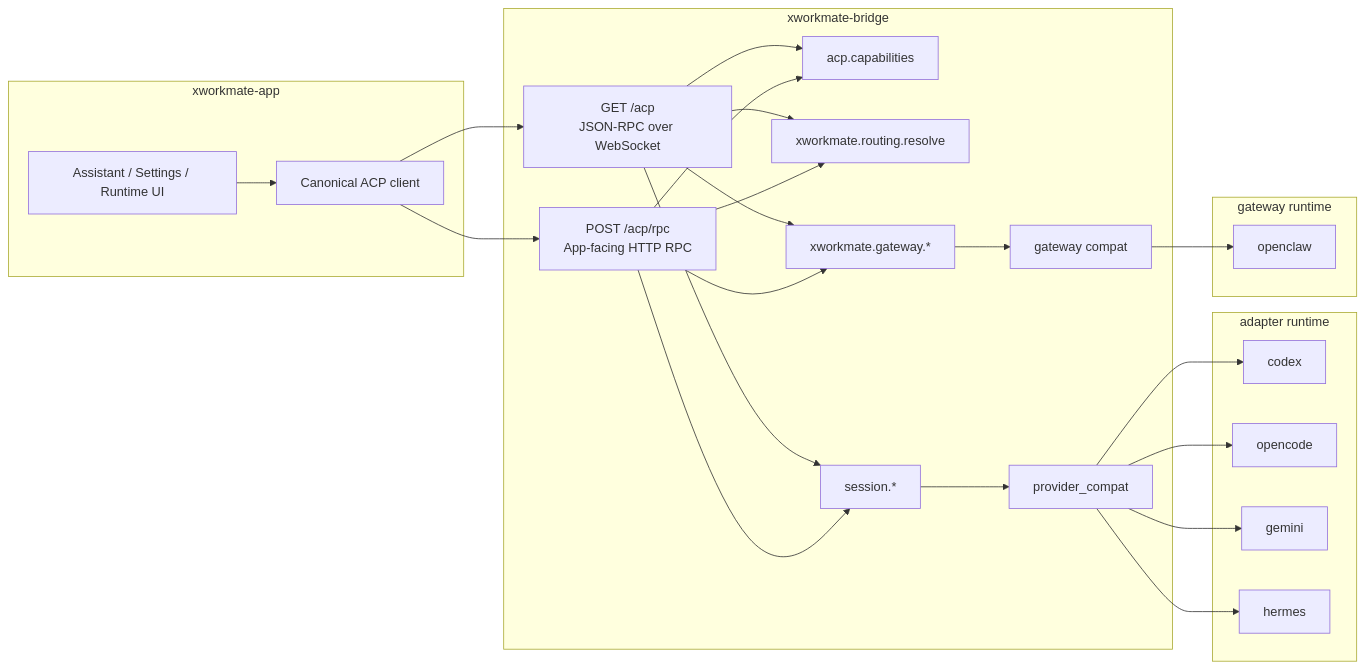
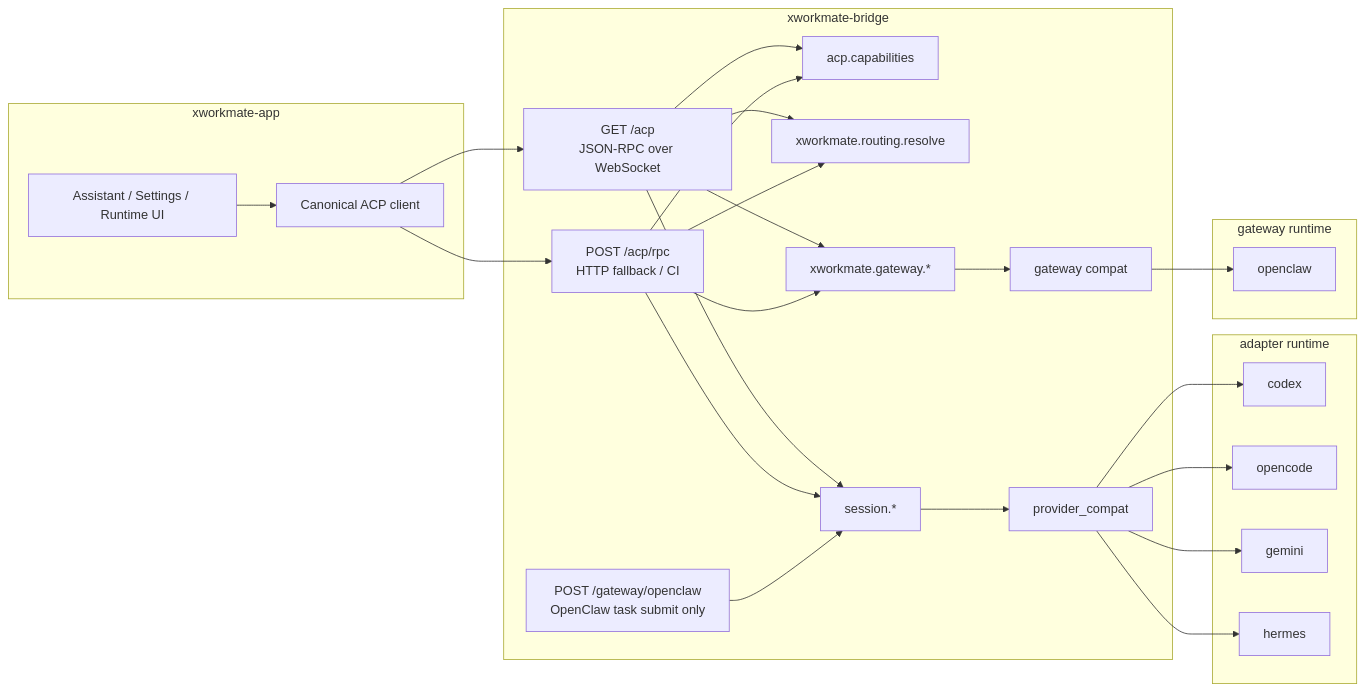
The diagram in docs/architecture/acp-forwarding-topology.md (ai-workspace-lab/xworkmate-bridge), drawn with Mermaid before and after one commit. The commit also changed other lines of this file and 14 other files, not shown here.

Commit message:
fix: enforce openclaw gateway task route

````diff
--- a/docs/architecture/acp-forwarding-topology.md
+++ b/docs/architecture/acp-forwarding-topology.md
@@ -23,48 +24,50 @@
 ```mermaid
 flowchart LR
     subgraph APP["xworkmate-app"]
         A1["Assistant / Settings / Runtime UI"]
         A2["Canonical ACP client"]
         A1 --> A2
     end
 
     subgraph BRIDGE["xworkmate-bridge"]
         B1["GET /acp<br/>JSON-RPC over WebSocket"]
-        B2["POST /acp/rpc<br/>App-facing HTTP RPC"]
+        B2["POST /acp/rpc<br/>HTTP fallback / CI"]
         B3["acp.capabilities"]
         B4["xworkmate.routing.resolve"]
         B5["session.*"]
         B6["xworkmate.gateway.*"]
-        B7["provider_compat"]
-        B8["gateway compat"]
+        B7["POST /gateway/openclaw<br/>OpenClaw task submit only"]
+        B8["provider_compat"]
+        B9["gateway compat"]
     end
 
     subgraph ADAPTERS["adapter runtime"]
         C1["codex"]
         C2["opencode"]
         C3["gemini"]
         C4["hermes"]
     end
 
     subgraph GATEWAY["gateway runtime"]
         D1["openclaw"]
     end
 
     A2 --> B1
     A2 --> B2
     B1 --> B3
     B1 --> B4
     B1 --> B5
     B1 --> B6
     B2 --> B3
     B2 --> B4
     B2 --> B5
     B2 --> B6
-    B5 --> B7
-    B6 --> B8
-    B7 --> C1
-    B7 --> C2
-    B7 --> C3
-    B7 --> C4
-    B8 --> D1
+    B7 --> B5
+    B5 --> B8
+    B6 --> B9
+    B8 --> C1
+    B8 --> C2
+    B8 --> C3
+    B8 --> C4
+    B9 --> D1
 ```
````
